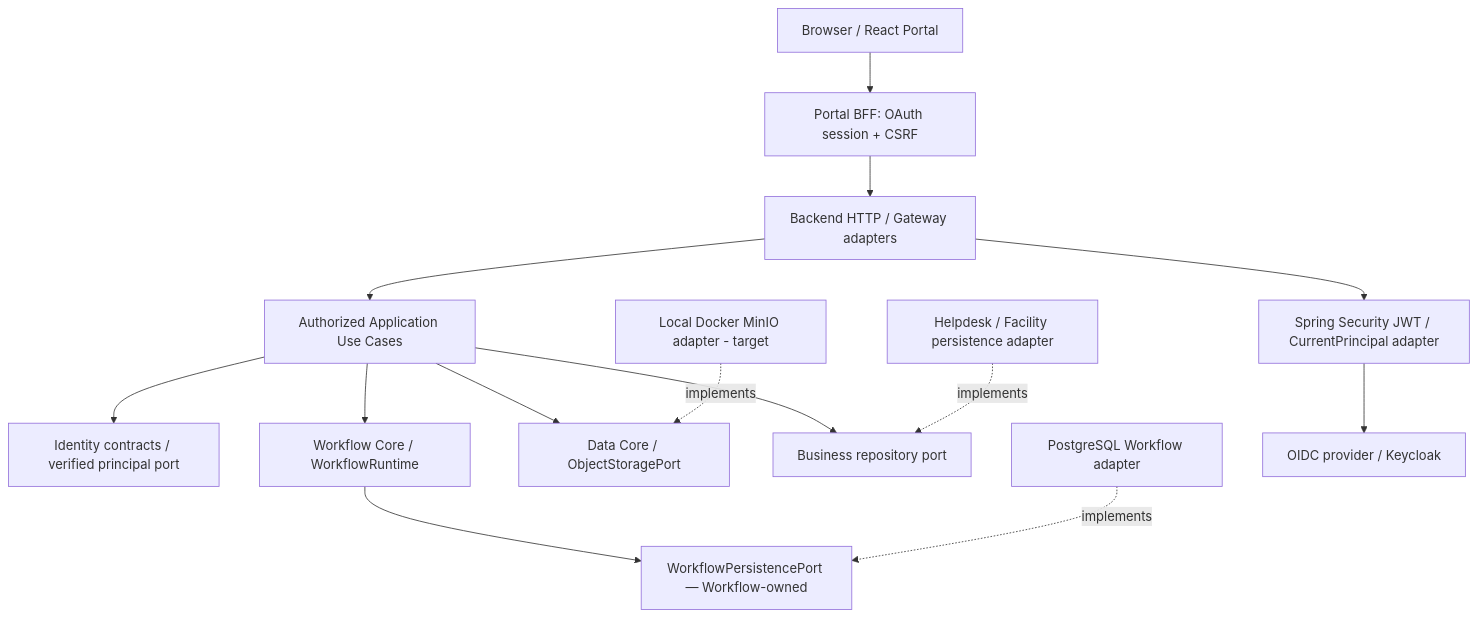
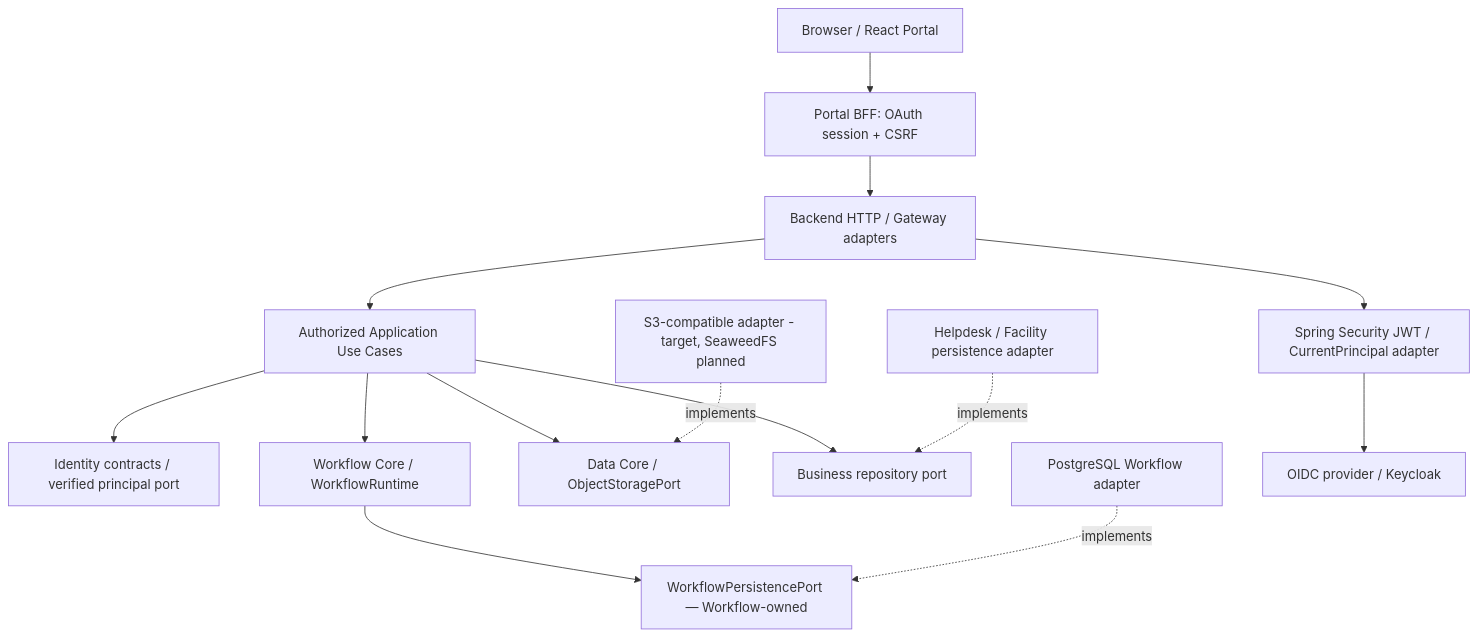
The first of 2 diagrams in docs/01-architecture/core-application-boundary.md (lexuanbao258-collab/opentrix-contributors-test), drawn with Mermaid before and after one commit. The commit also changed other lines of this file and 35 other files, not shown here.

````diff
--- a/docs/01-architecture/core-application-boundary.md
+++ b/docs/01-architecture/core-application-boundary.md
@@ -36,16 +36,16 @@
 ```mermaid
 flowchart TD
     Browser[Browser / React Portal] --> BFF[Portal BFF: OAuth session + CSRF]
     BFF --> HTTP[Backend HTTP / Gateway adapters]
     HTTP --> AUTH[Spring Security JWT / CurrentPrincipal adapter]
     HTTP --> UC[Authorized Application Use Cases]
     UC --> ID[Identity contracts / verified principal port]
     UC --> WF[Workflow Core / WorkflowRuntime]
     UC --> STORAGE[Data Core / ObjectStoragePort]
     UC --> BR[Business repository port]
     WF --> WPORT[WorkflowPersistencePort — Workflow-owned]
     WDB[PostgreSQL Workflow adapter] -. implements .-> WPORT
-    MinIO[Local Docker MinIO adapter - target] -. implements .-> STORAGE
+    OBJSTORE[S3-compatible adapter - target, SeaweedFS planned] -. implements .-> STORAGE
     BDB[Helpdesk / Facility persistence adapter] -. implements .-> BR
     AUTH --> OIDC[OIDC provider / Keycloak]
 ```
````
